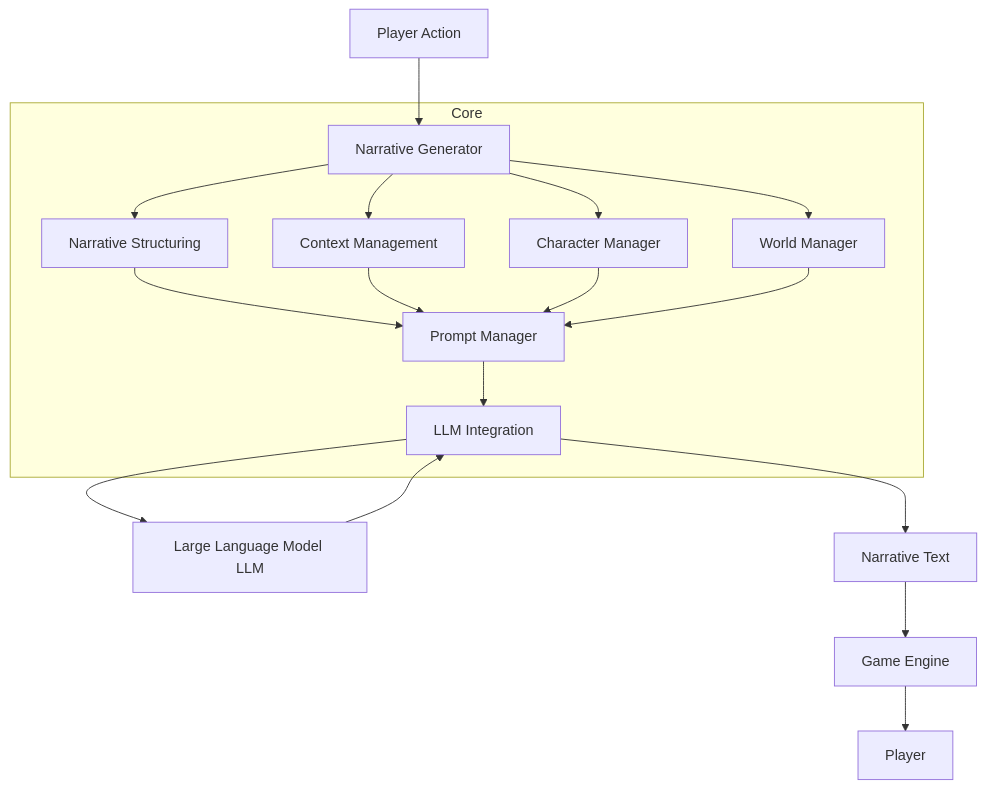
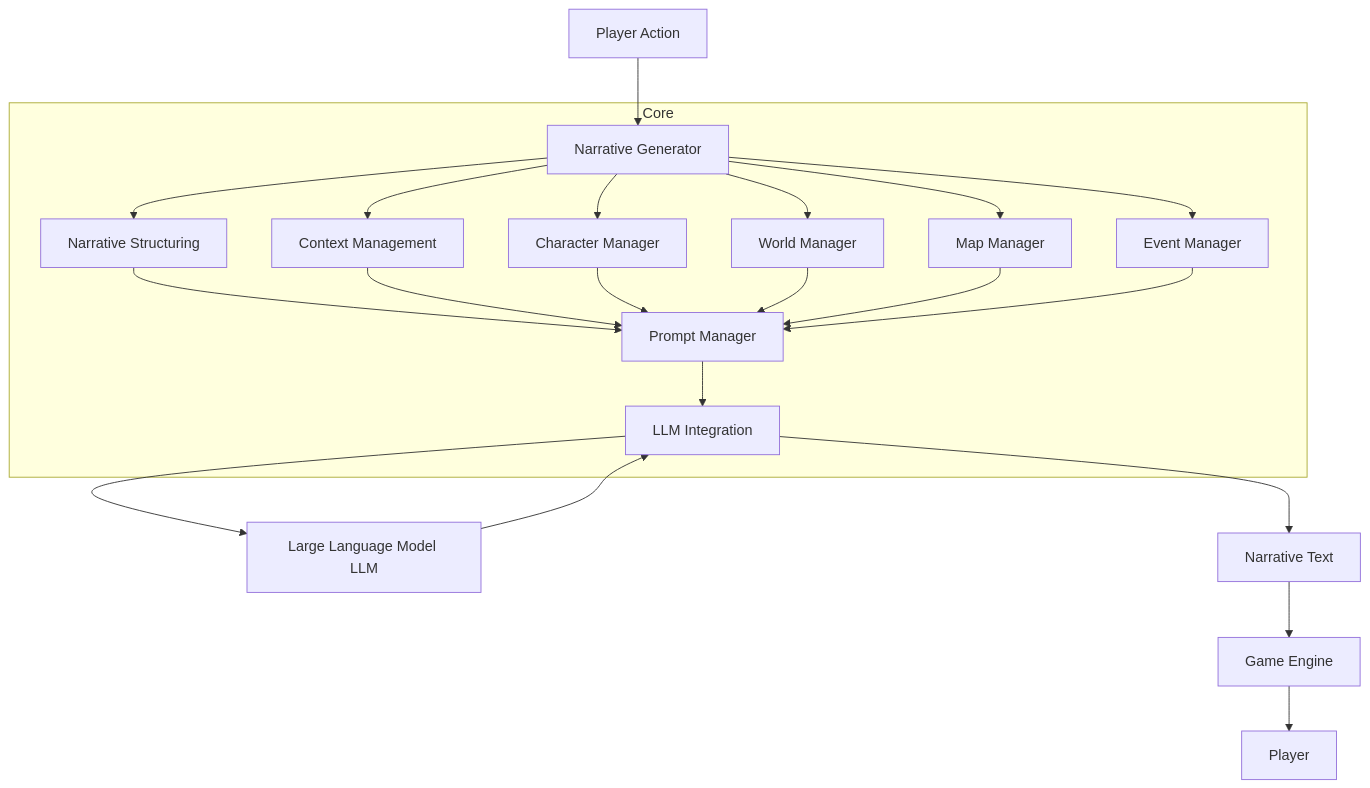
One commit to edz314/GenuineNarrativeCreator changed the diagram in docs/high_level_architecture.mermaid. Above: the diagram before and after it, drawn with Mermaid.

```diff
--- a/docs/high_level_architecture.mermaid
+++ b/docs/high_level_architecture.mermaid
@@ -1,26 +1,32 @@
 graph TD
     A[Player Action] --> B[Narrative Generator]
     B --> C[Character Manager]
     B --> D[World Manager]
+    B --> M[Map Manager]  
+    B --> N[Event Manager] 
     B --> E[Narrative Structuring]
     B --> F[Context Management]
     E --> G[Prompt Manager]
     F --> G
     C --> G
     D --> G
+    M --> G 
+    N --> G 
     G --> H[LLM Integration]
     H --> I[Large Language Model LLM]
     I --> H
     H --> J[Narrative Text]
     J --> K[Game Engine]
     K --> L[Player]
 
     subgraph "Core"
         B
         C
         D
         E
         F
         G
         H
+        M 
+        N 
     end
```
